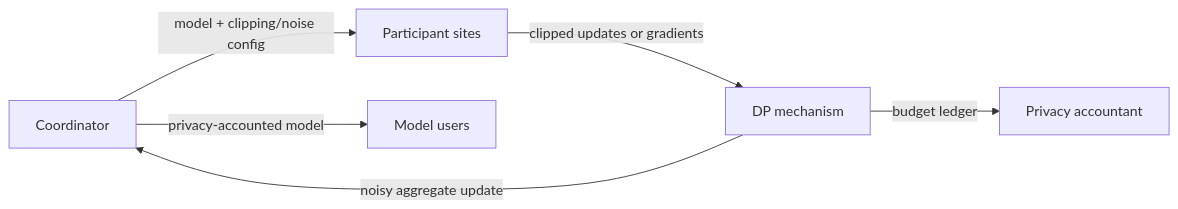
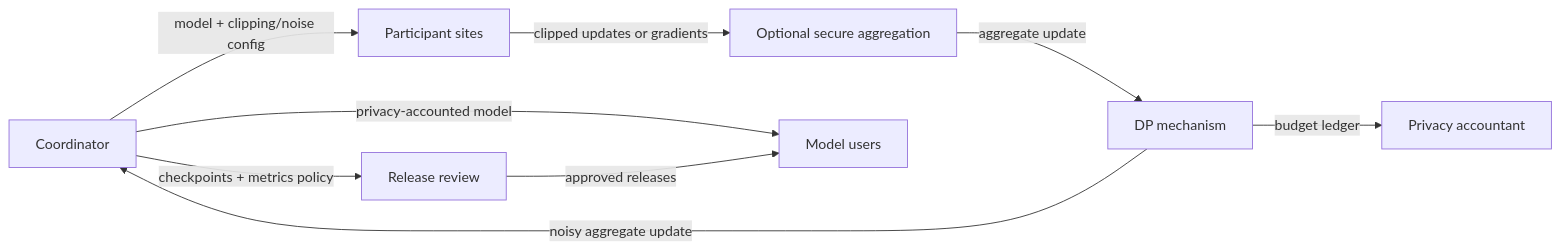
The diagram in docs/pet-architectures/fl-differential-privacy.md (I-Love-PETs/i-love-pets.github.io), drawn with Mermaid before and after one commit. The commit also changed other lines of this file and 6 other files, not shown here.

Commit message:
Polish PET architecture reviews

````diff
--- a/docs/pet-architectures/fl-differential-privacy.md
+++ b/docs/pet-architectures/fl-differential-privacy.md
@@ -13,8 +13,11 @@
 ```mermaid
 flowchart LR
   C[Coordinator] -->|model + clipping/noise config| A[Participant sites]
-  A -->|clipped updates or gradients| D[DP mechanism]
+  A -->|clipped updates or gradients| S[Optional secure aggregation]
+  S -->|aggregate update| D[DP mechanism]
   D -->|noisy aggregate update| C
   C -->|privacy-accounted model| U[Model users]
   D -->|budget ledger| P[Privacy accountant]
+  C -->|checkpoints + metrics policy| R[Release review]
+  R -->|approved releases| U
 ```
````
